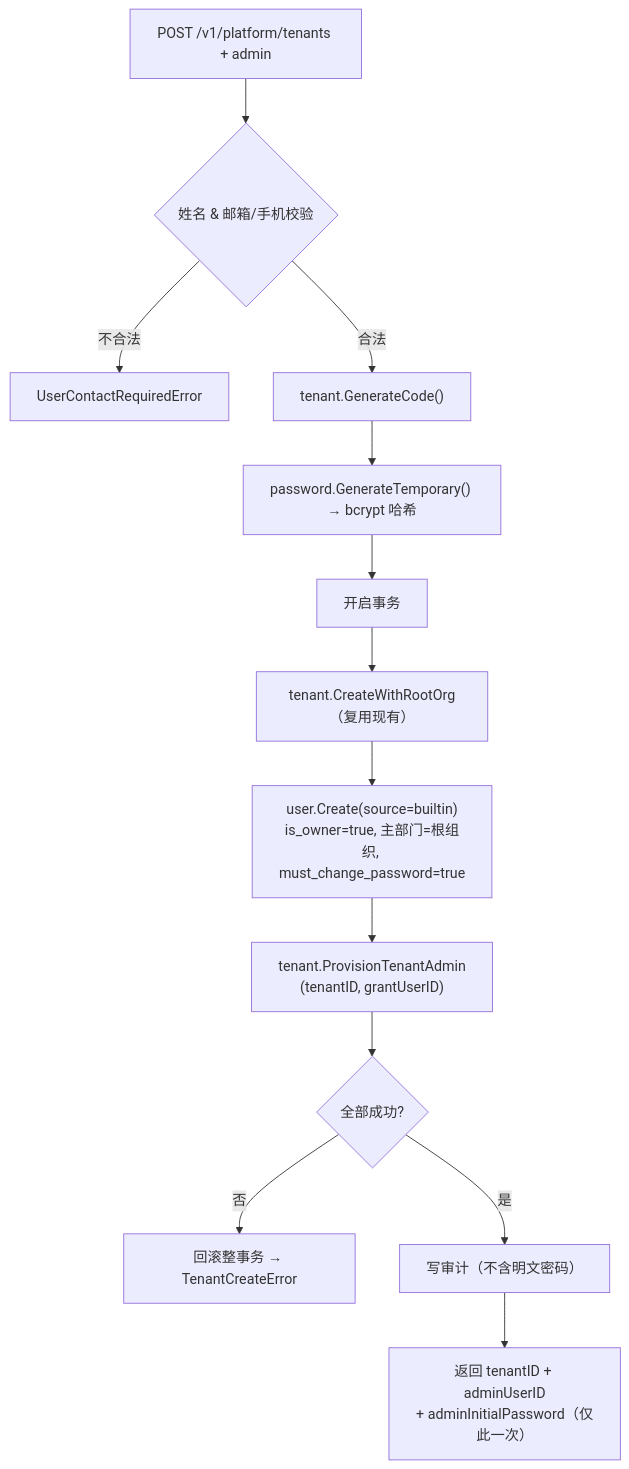
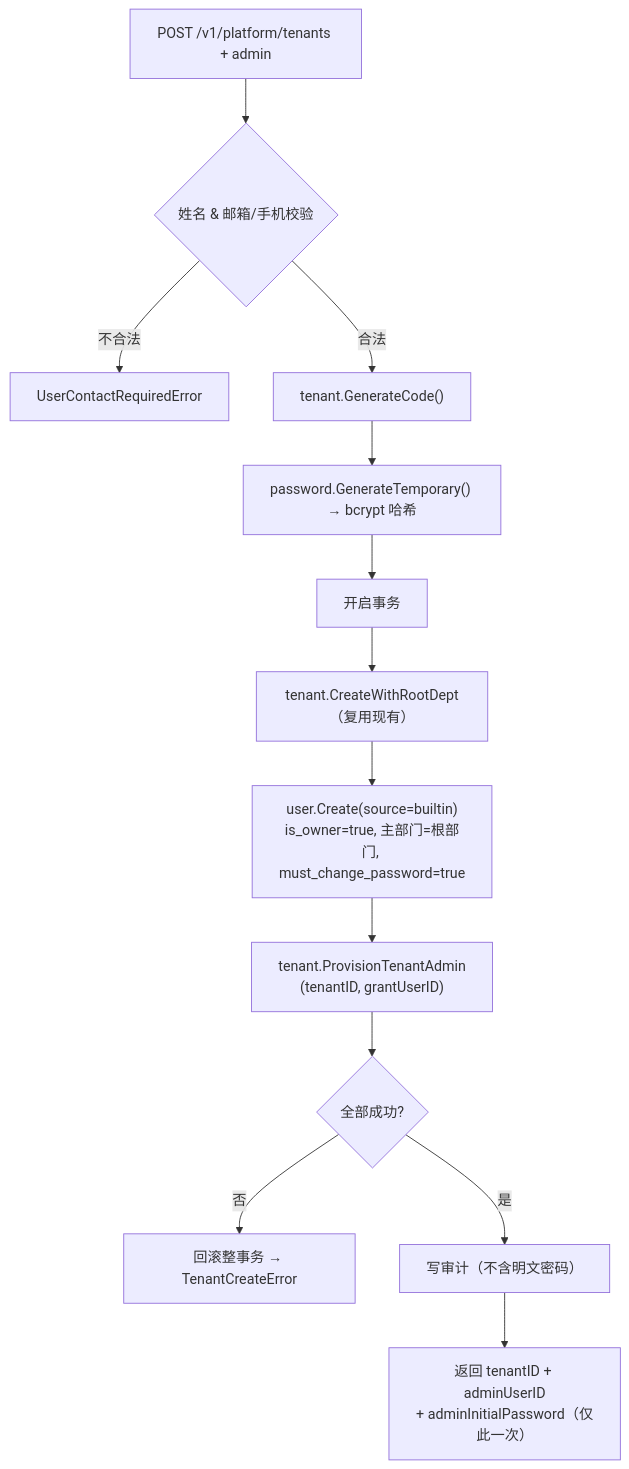
One commit to morehao/ark-iam changed the second of 4 diagrams in docs/design/tenant-admin-provisioning-design-20260912.md. Above: the diagram before and after it, drawn with Mermaid. The commit also changed other lines of this file and 107 other files, not shown here.

````diff
--- a/docs/design/tenant-admin-provisioning-design-20260912.md
+++ b/docs/design/tenant-admin-provisioning-design-20260912.md
@@ -188,15 +188,15 @@
 ```mermaid
 flowchart TD
     start["POST /v1/platform/tenants + admin"] --> validate{"姓名 & 邮箱/手机校验"}
     validate -- 不合法 --> err1["UserContactRequiredError"]
     validate -- 合法 --> code["tenant.GenerateCode()"]
     code --> temp["password.GenerateTemporary() → bcrypt 哈希"]
     temp --> txBegin["开启事务"]
-    txBegin --> createTenant["tenant.CreateWithRootOrg（复用现有）"]
-    createTenant --> createUser["user.Create(source=builtin)<br>is_owner=true, 主部门=根组织, must_change_password=true"]
+    txBegin --> createTenant["tenant.CreateWithRootDept（复用现有）"]
+    createTenant --> createUser["user.Create(source=builtin)<br>is_owner=true, 主部门=根部门, must_change_password=true"]
     createUser --> provision["tenant.ProvisionTenantAdmin<br>(tenantID, grantUserID)"]
     provision --> commit{"全部成功?"}
     commit -- 否 --> rollback["回滚整事务 → TenantCreateError"]
     commit -- 是 --> audit["写审计（不含明文密码）"]
     audit --> resp["返回 tenantID + adminUserID<br>+ adminInitialPassword（仅此一次）"]
 ```
````
